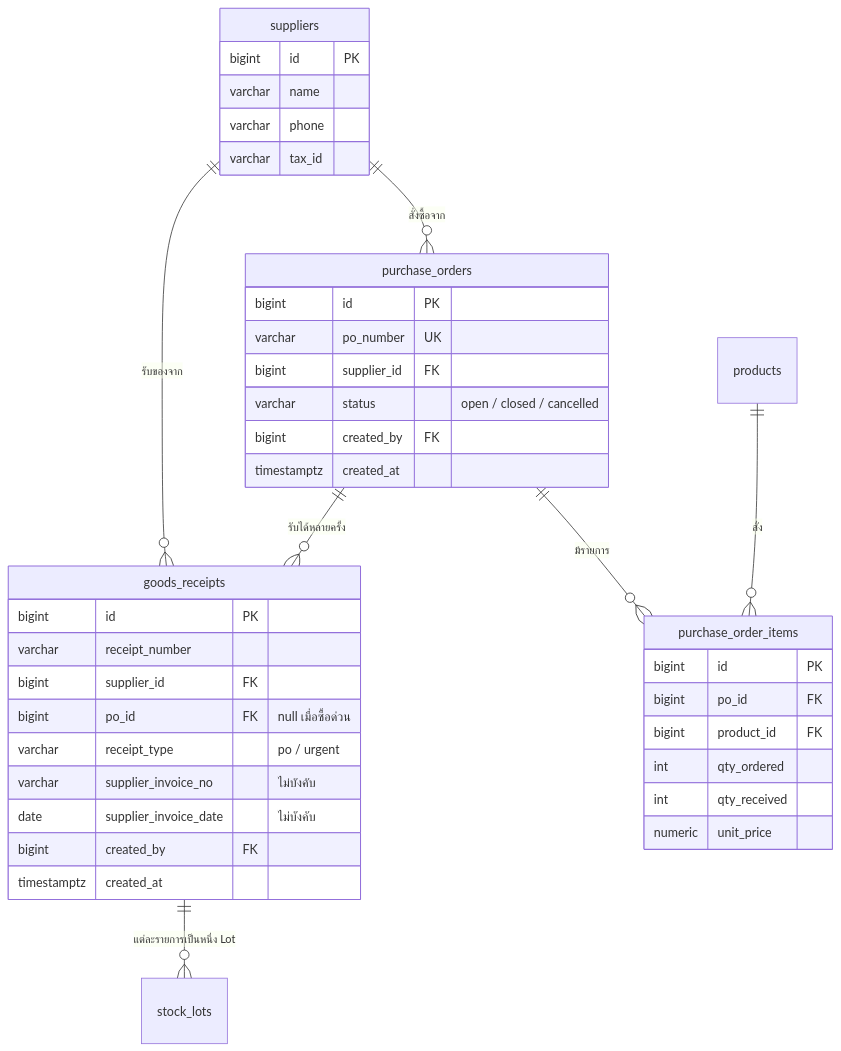
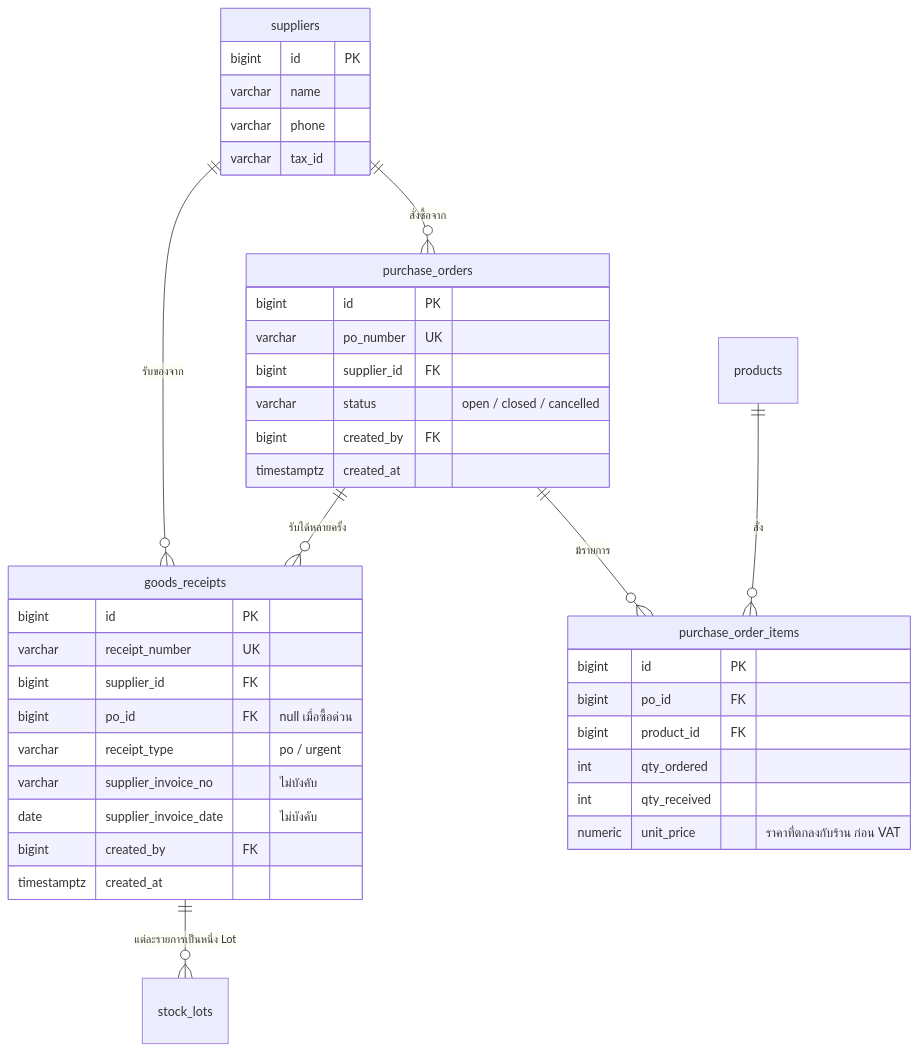
One commit to kaewjamsai0193/Garage_Final_Project changed the fifth of 8 diagrams in data_model.md. Above: the diagram before and after it, drawn with Mermaid. The commit also changed other lines of this file and 2 other files, not shown here.

````diff
--- a/data_model.md
+++ b/data_model.md
@@ -146,46 +149,46 @@
 ```mermaid
 erDiagram
     suppliers ||--o{ purchase_orders : "สั่งซื้อจาก"
     suppliers ||--o{ goods_receipts : "รับของจาก"
     purchase_orders ||--o{ purchase_order_items : "มีรายการ"
     purchase_orders ||--o{ goods_receipts : "รับได้หลายครั้ง"
     goods_receipts ||--o{ stock_lots : "แต่ละรายการเป็นหนึ่ง Lot"
     products ||--o{ purchase_order_items : "สั่ง"
 
     suppliers {
         bigint id PK
         varchar name
         varchar phone
         varchar tax_id
     }
 
     purchase_orders {
         bigint id PK
         varchar po_number UK
         bigint supplier_id FK
         varchar status "open / closed / cancelled"
         bigint created_by FK
         timestamptz created_at
     }
 
     purchase_order_items {
         bigint id PK
         bigint po_id FK
         bigint product_id FK
         int qty_ordered
         int qty_received
-        numeric unit_price
+        numeric unit_price "ราคาที่ตกลงกับร้าน ก่อน VAT"
     }
 
     goods_receipts {
         bigint id PK
-        varchar receipt_number
+        varchar receipt_number UK
         bigint supplier_id FK
         bigint po_id FK "null เมื่อซื้อด่วน"
         varchar receipt_type "po / urgent"
         varchar supplier_invoice_no "ไม่บังคับ"
         date supplier_invoice_date "ไม่บังคับ"
         bigint created_by FK
         timestamptz created_at
     }
 ```
````
